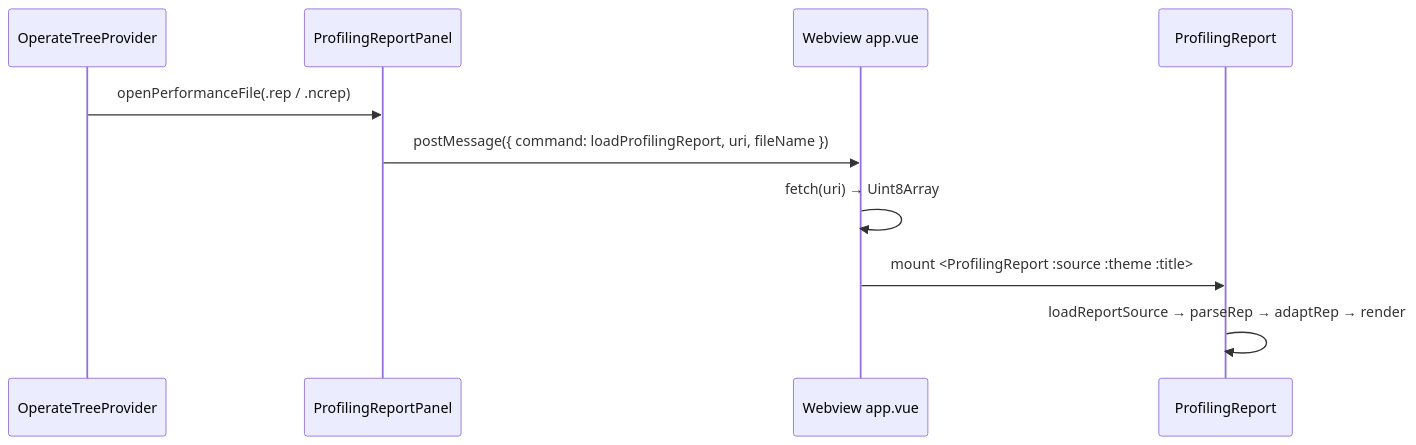
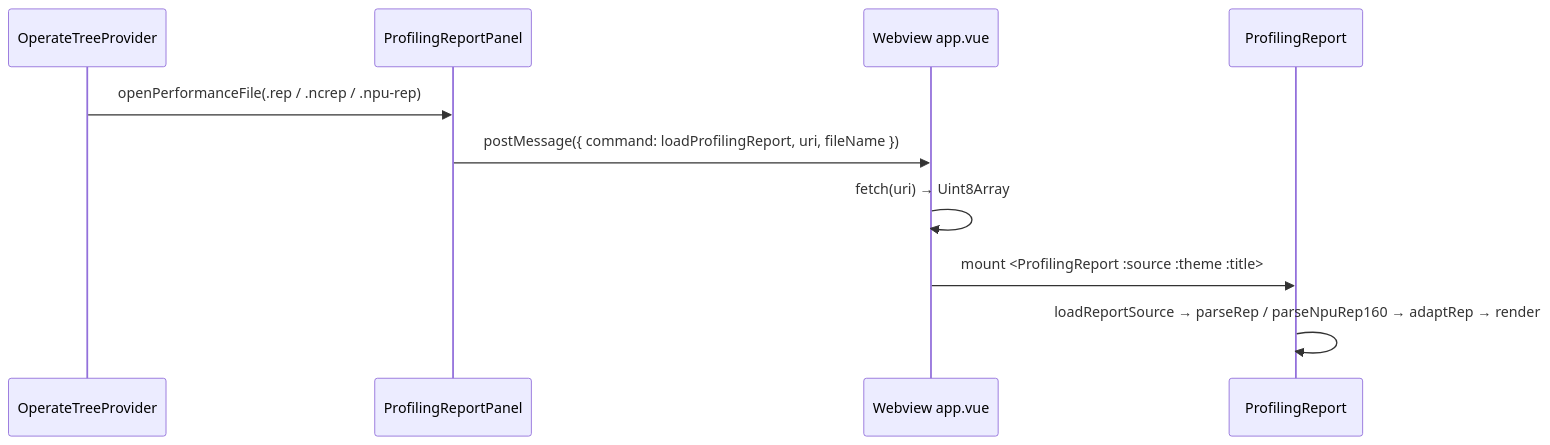
One commit to IdeFrontend/opdev_plugin changed the diagram in docs/profiling-report-integration.md. Above: the diagram before and after it, drawn with Mermaid. The commit also changed other lines of this file and 8 other files, not shown here.

First line of the commit message:
feat: open .npu-rep files with the profiling-report viewer

````diff
--- a/docs/profiling-report-integration.md
+++ b/docs/profiling-report-integration.md
@@ -85,13 +85,13 @@
 ```mermaid
 sequenceDiagram
   participant Tree as OperateTreeProvider
   participant Panel as ProfilingReportPanel
   participant WV as Webview app.vue
   participant Comp as ProfilingReport
 
-  Tree->>Panel: openPerformanceFile(.rep / .ncrep)
+  Tree->>Panel: openPerformanceFile(.rep / .ncrep / .npu-rep)
   Panel->>WV: postMessage({ command: loadProfilingReport, uri, fileName })
   WV->>WV: fetch(uri) → Uint8Array
   WV->>Comp: mount <ProfilingReport :source :theme :title>
-  Comp->>Comp: loadReportSource → parseRep → adaptRep → render
+  Comp->>Comp: loadReportSource → parseRep / parseNpuRep160 → adaptRep → render
 ```
````
